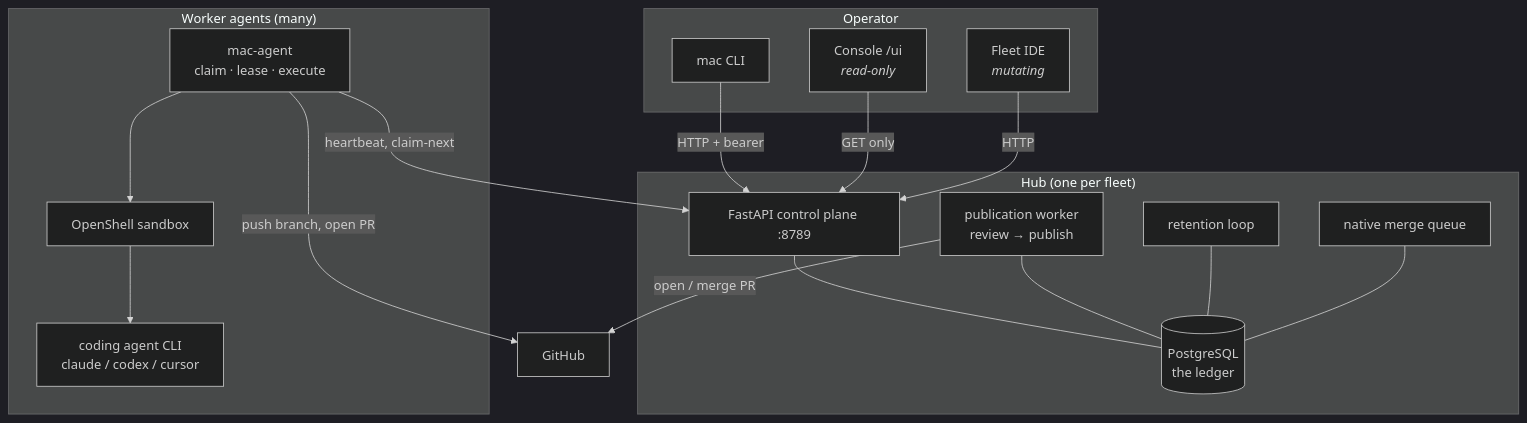
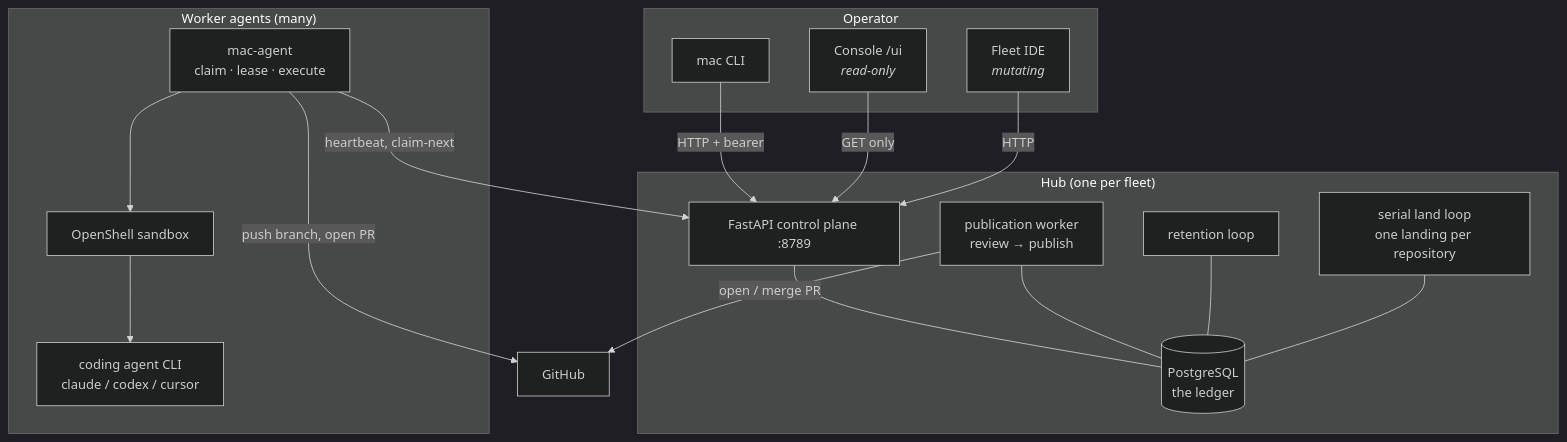
One commit to jordanhubbard/mac changed the first of 5 diagrams in docs/guide/01-architecture.md. Above: the diagram before and after it, drawn with Mermaid (dark theme). The commit also changed other lines of this file and 50 other files, not shown here.

````diff
--- a/docs/guide/01-architecture.md
+++ b/docs/guide/01-architecture.md
@@ -15,36 +15,36 @@
 ```mermaid
 graph TB
     subgraph Operator
         CLI["mac CLI"]
         UI["Console /ui<br/><i>read-only</i>"]
         IDE["Fleet IDE<br/><i>mutating</i>"]
     end
 
     subgraph Hub["Hub (one per fleet)"]
         API["FastAPI control plane :8789"]
         DB[("PostgreSQL<br/>the ledger")]
         SWEEP["publication worker<br/>review → publish"]
         RET["retention loop"]
-        MQ["native merge queue"]
+        LAND["serial land loop<br/>one landing per repository"]
     end
 
     subgraph Workers["Worker agents (many)"]
         W1["mac-agent<br/>claim · lease · execute"]
         SB["OpenShell sandbox"]
         CA["coding agent CLI<br/>claude / codex / cursor"]
     end
 
     FORGE["GitHub"]
 
     CLI -->|HTTP + bearer| API
     UI -->|GET only| API
     IDE -->|HTTP| API
     API --- DB
     SWEEP --- DB
     RET --- DB
-    MQ --- DB
+    LAND --- DB
     W1 -->|heartbeat, claim-next| API
     W1 --> SB --> CA
     SWEEP -->|open / merge PR| FORGE
     W1 -->|push branch, open PR| FORGE
 ```
````
